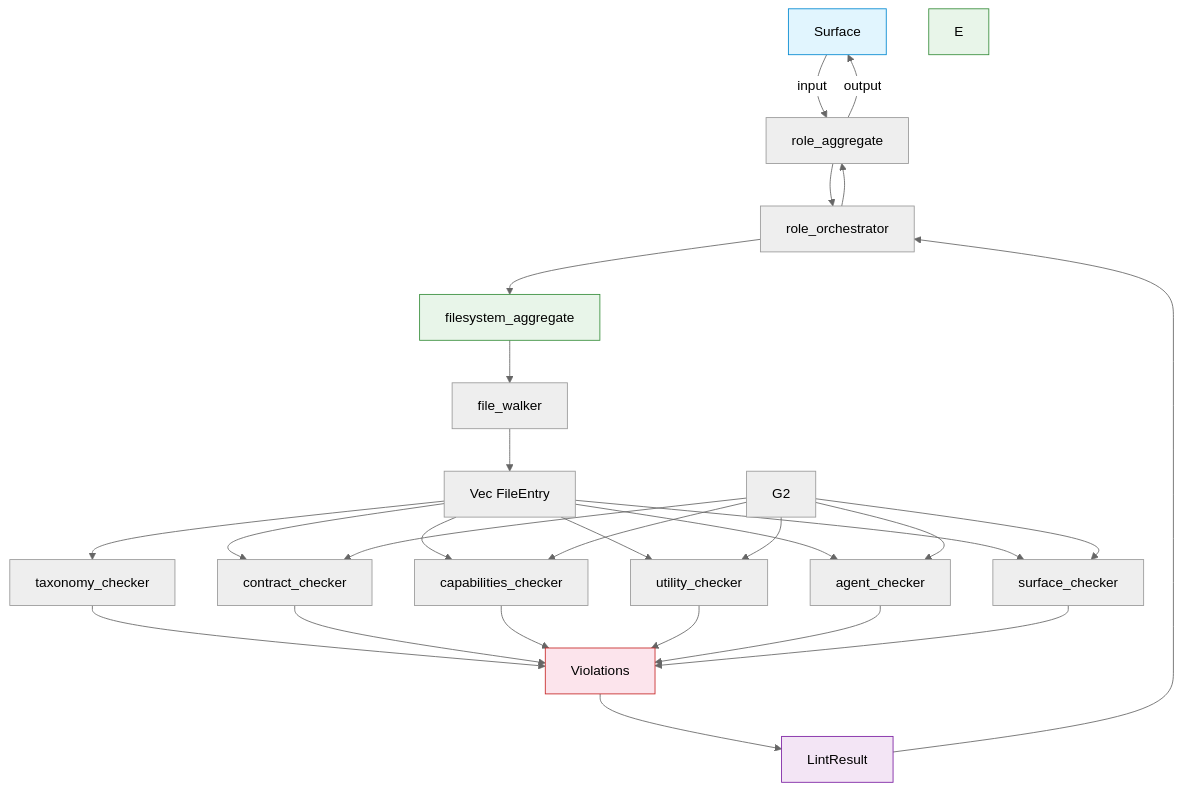
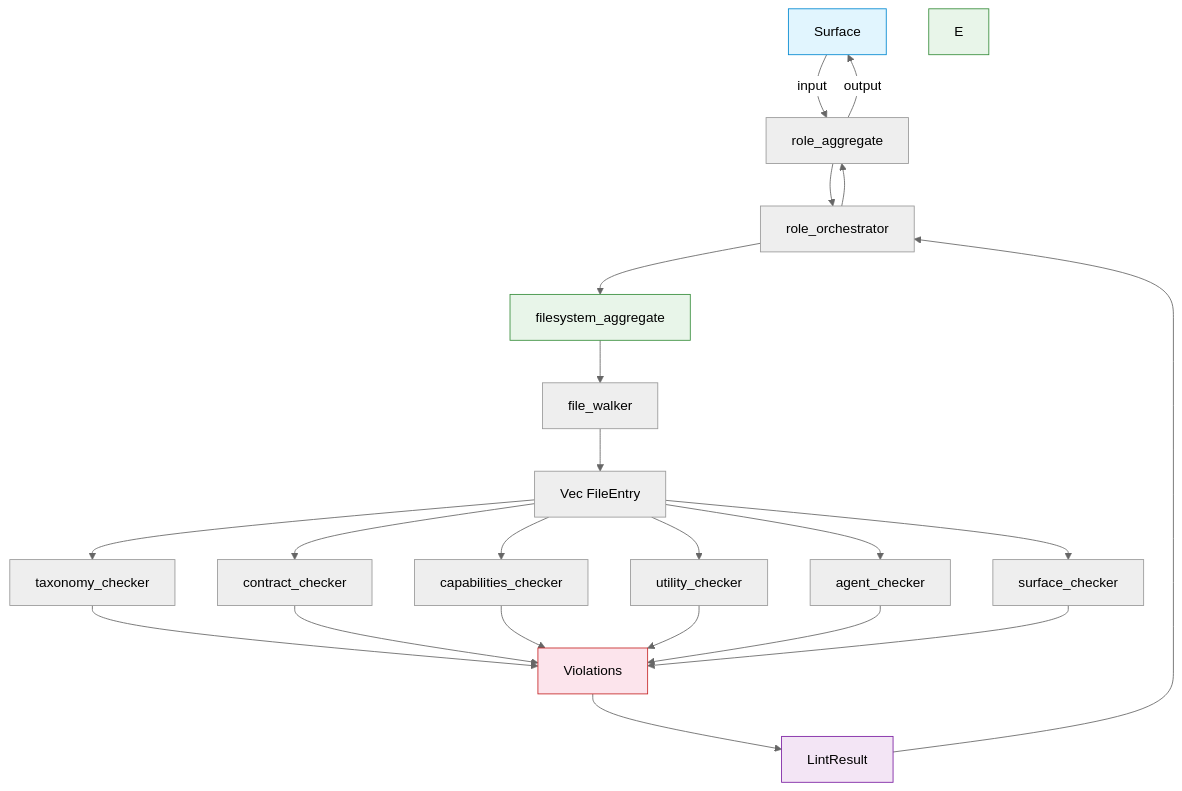
The diagram in crates/role-rules/FRD.md (rakaarwaky/lint-arwaky), drawn with Mermaid (neutral theme) before and after one commit. The commit also changed 3 other files, not shown here.

First line of the commit message:
fix: audit all FRD mermaids — correct capability flow

````diff
--- a/crates/role-rules/FRD.md
+++ b/crates/role-rules/FRD.md
@@ -9,35 +9,30 @@
 ```mermaid
 flowchart TD
     A["Surface"] -->|input| B["role_aggregate"]
     B --> C["role_orchestrator"]
     C --> D["filesystem_aggregate"]
     D --> E1["file_walker"]
     E1 --> G1["Vec FileEntry"]
     G1 --> H1["taxonomy_checker"]
     G1 --> H2["contract_checker"]
-    G2 --> H2
     G1 --> H3["capabilities_checker"]
-    G2 --> H3
     G1 --> H4["utility_checker"]
-    G2 --> H4
     G1 --> H5["agent_checker"]
-    G2 --> H5
     G1 --> H6["surface_checker"]
-    G2 --> H6
     H1 --> I["Violations"]
     H2 --> I
     H3 --> I
     H4 --> I
     H5 --> I
     H6 --> I
     I --> J["LintResult"]
     J --> C
     C --> B
     B -->|output| A
 
     style A fill:#e1f5fe,stroke:#0288d1
     style D fill:#e8f5e9,stroke:#388e3c
     style E fill:#e8f5e9,stroke:#388e3c
     style I fill:#fce4ec,stroke:#c62828
     style J fill:#f3e5f5,stroke:#7b1fa2
 ```
````
